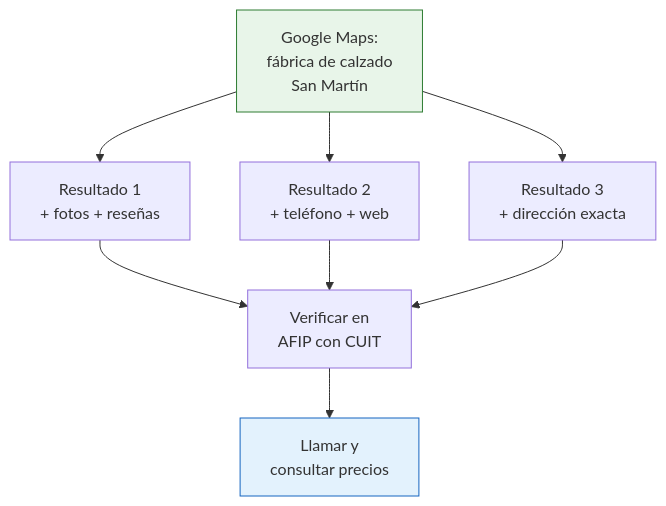
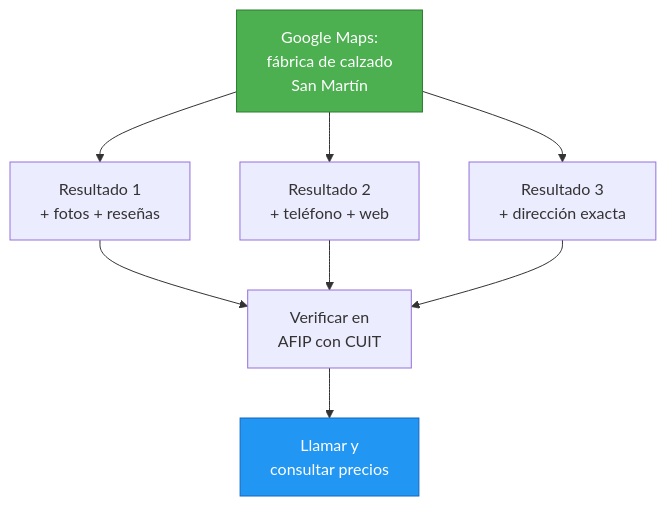
The diagram in app/paso1-argentina/encontrar-fabricas/otros-directorios.mdx (barrosignacioezequiel-coder/docs), drawn with Mermaid before and after one commit. The commit also changed 66 other files, not shown here.

First line of the commit message:
fix: resolve Mermaid v11 numbered list errors + improve contrast

````diff
--- a/app/paso1-argentina/encontrar-fabricas/otros-directorios.mdx
+++ b/app/paso1-argentina/encontrar-fabricas/otros-directorios.mdx
@@ -105,15 +105,15 @@
 ```mermaid
 graph TD
     A["Google Maps:<br/>fábrica de calzado<br/>San Martín"] --> B["Resultado 1<br/>+ fotos + reseñas"]
     A --> C["Resultado 2<br/>+ teléfono + web"]
     A --> D["Resultado 3<br/>+ dirección exacta"]
 
     B --> E["Verificar en<br/>AFIP con CUIT"]
     C --> E
     D --> E
 
     E --> F["Llamar y<br/>consultar precios"]
 
-    style A fill:#e8f5e9,stroke:#2e7d32
-    style F fill:#e3f2fd,stroke:#1565c0
+    style A fill:#4caf50,stroke:#2e7d32,color:#fff
+    style F fill:#2196f3,stroke:#1565c0,color:#fff
 ```
````
